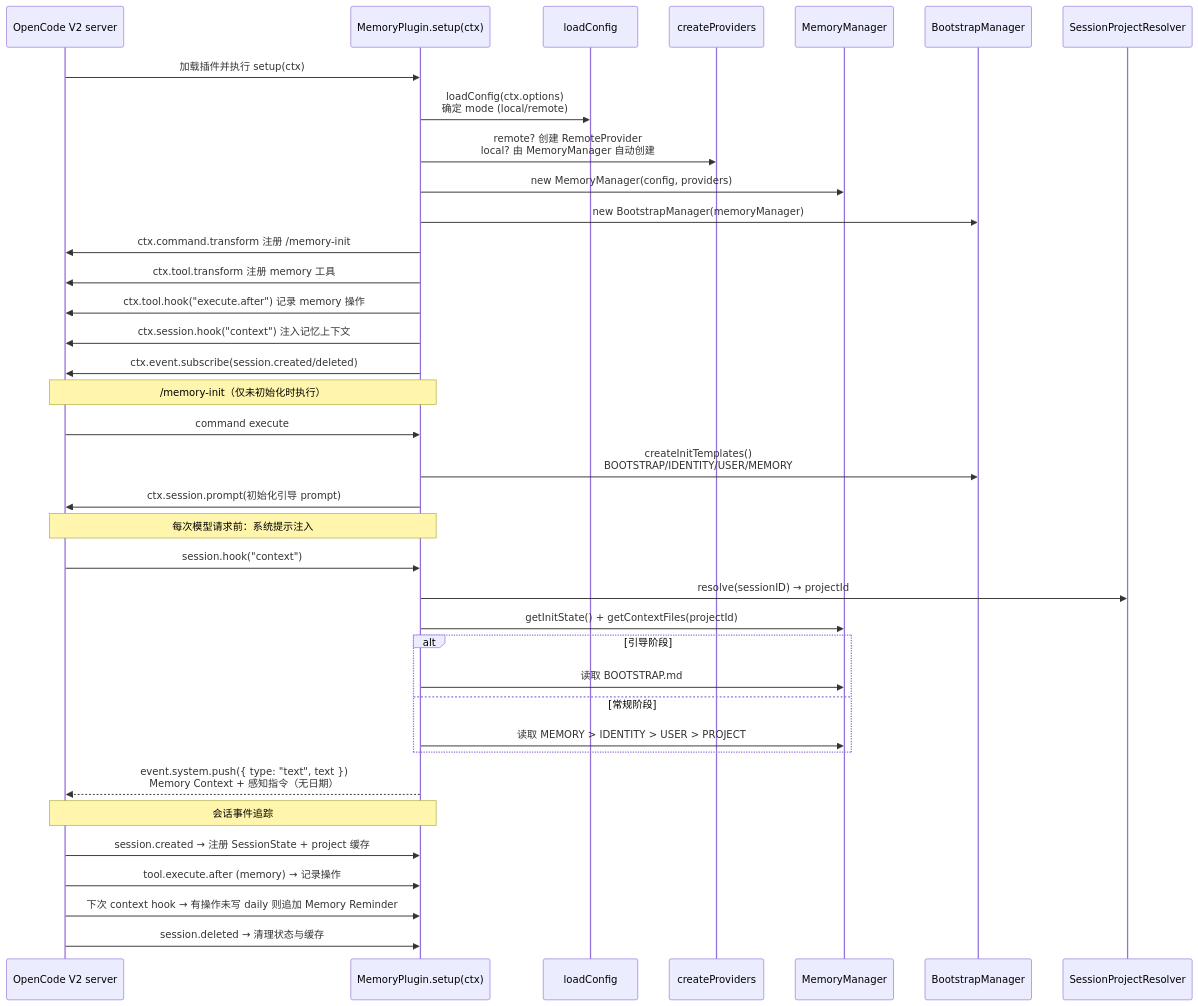
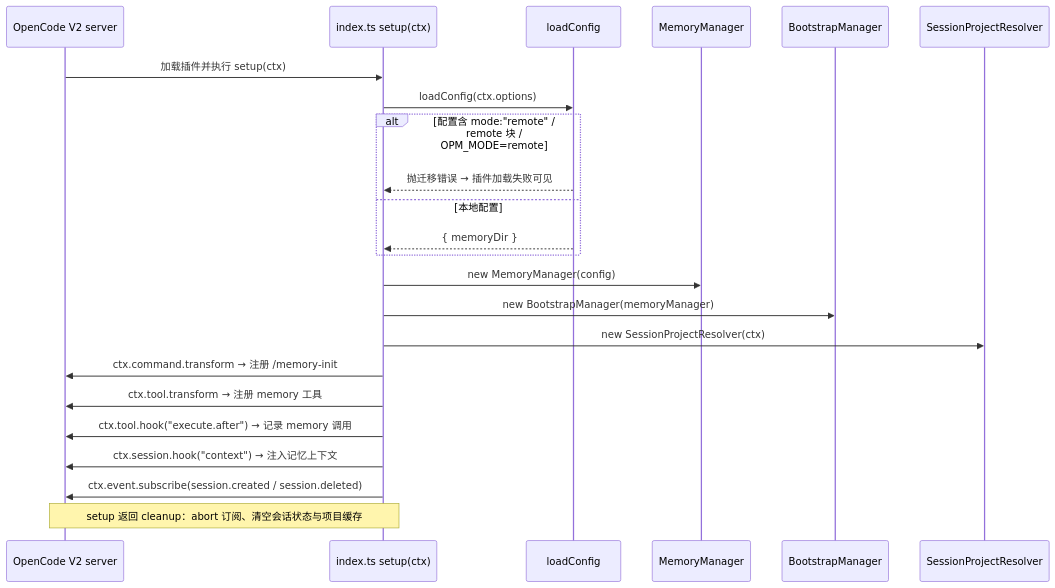
Before and after one commit to devcxl/opencode-memory: the second of 5 diagrams in docs/dev/architecture-flow.md, drawn with Mermaid. The commit also changed other lines of this file and 6 other files, not shown here.

````diff
--- a/docs/dev/architecture-flow.md
+++ b/docs/dev/architecture-flow.md
@@ -66,43 +66,26 @@
 ```mermaid
 sequenceDiagram
     participant OC as OpenCode V2 server
-    participant P as MemoryPlugin.setup(ctx)
+    participant P as index.ts setup(ctx)
     participant C as loadConfig
-    participant F as createProviders
     participant M as MemoryManager
     participant B as BootstrapManager
     participant R as SessionProjectResolver
 
     OC->>P: 加载插件并执行 setup(ctx)
-    P->>C: loadConfig(ctx.options)<br/>确定 mode (local/remote)
-    P->>F: remote? 创建 RemoteProvider<br/>local? 由 MemoryManager 自动创建
-    P->>M: new MemoryManager(config, providers)
+    P->>C: loadConfig(ctx.options)
+    alt 配置含 mode:"remote" / remote 块 / OPM_MODE=remote
+        C-->>P: 抛迁移错误 → 插件加载失败可见
+    else 本地配置
+        C-->>P: { memoryDir }
+    end
+    P->>M: new MemoryManager(config)
     P->>B: new BootstrapManager(memoryManager)
-    P->>OC: ctx.command.transform 注册 /memory-init
-    P->>OC: ctx.tool.transform 注册 memory 工具
-    P->>OC: ctx.tool.hook("execute.after") 记录 memory 操作
-    P->>OC: ctx.session.hook("context") 注入记忆上下文
-    P->>OC: ctx.event.subscribe(session.created/deleted)
-
-    Note over OC,P: /memory-init（仅未初始化时执行）
-    OC->>P: command execute
-    P->>B: createInitTemplates()<br/>BOOTSTRAP/IDENTITY/USER/MEMORY
-    P->>OC: ctx.session.prompt(初始化引导 prompt)
-
-    Note over OC,P: 每次模型请求前：系统提示注入
-    OC->>P: session.hook("context")
-    P->>R: resolve(sessionID) → projectId
-    P->>M: getInitState() + getContextFiles(projectId)
-    alt 引导阶段
-        P->>M: 读取 BOOTSTRAP.md
-    else 常规阶段
-        P->>M: 读取 MEMORY > IDENTITY > USER > PROJECT
-    end
-    P-->>OC: event.system.push({ type: "text", text })<br/>Memory Context + 感知指令（无日期）
-
-    Note over OC,P: 会话事件追踪
-    OC->>P: session.created → 注册 SessionState + project 缓存
-    OC->>P: tool.execute.after (memory) → 记录操作
-    OC->>P: 下次 context hook → 有操作未写 daily 则追加 Memory Reminder
-    OC->>P: session.deleted → 清理状态与缓存
+    P->>R: new SessionProjectResolver(ctx)
+    P->>OC: ctx.command.transform → 注册 /memory-init
+    P->>OC: ctx.tool.transform → 注册 memory 工具
+    P->>OC: ctx.tool.hook("execute.after") → 记录 memory 调用
+    P->>OC: ctx.session.hook("context") → 注入记忆上下文
+    P->>OC: ctx.event.subscribe(session.created / session.deleted)
+    Note over P,OC: setup 返回 cleanup：abort 订阅、清空会话状态与项目缓存
 ```
````
